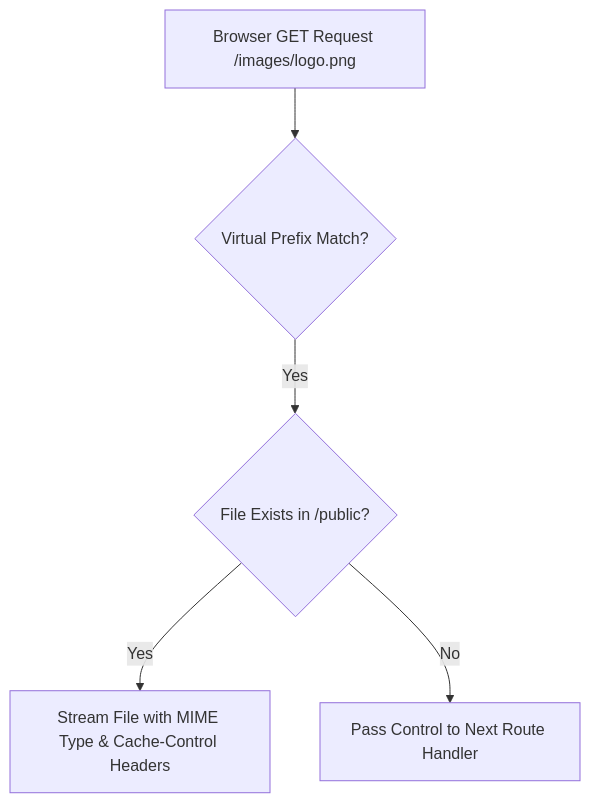
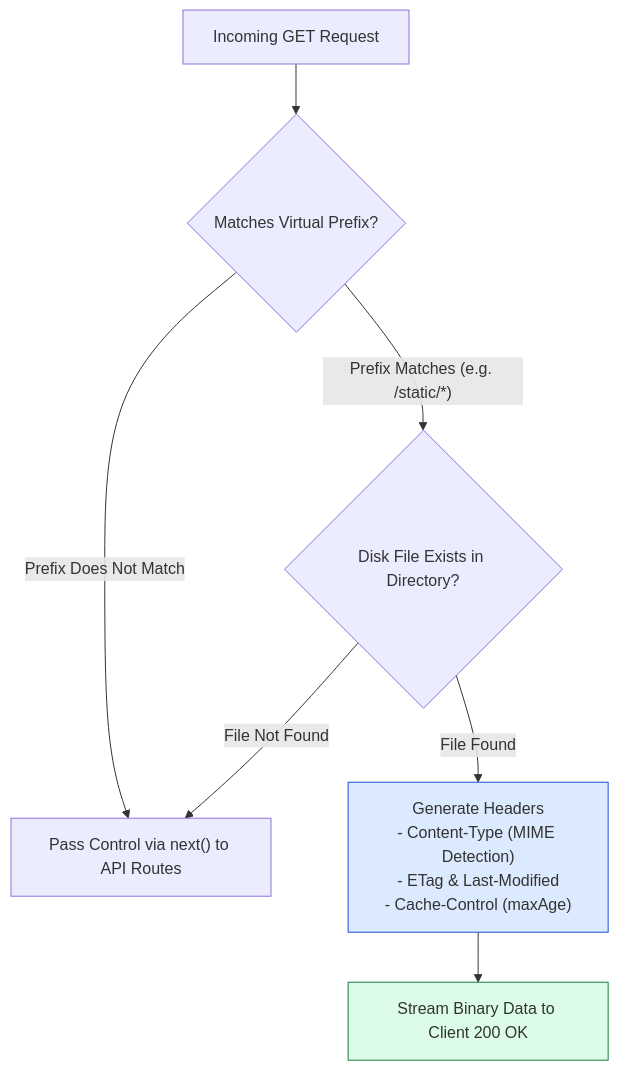
Before and after one commit to Amie-dev/engineering-playbook: the first of 3 diagrams in express-notes/10-static-files.md, drawn with Mermaid. The commit also changed other lines of this file and 26 other files, not shown here.

````diff
--- a/express-notes/10-static-files.md
+++ b/express-notes/10-static-files.md
@@ -10,7 +13,15 @@
 ```mermaid
 flowchart TD
-    Client[Browser GET Request /images/logo.png] --> MountCheck{Virtual Prefix Match?}
-    MountCheck -- Yes --> FileCheck{File Exists in /public?}
-    FileCheck -- Yes --> ServeFile["Stream File with MIME Type & Cache-Control Headers"]
-    FileCheck -- No --> NextRoute[Pass Control to Next Route Handler]
+    ClientReq[Incoming GET Request] --> PathMatch{Matches Virtual Prefix?}
+
+    PathMatch -- "Prefix Matches (e.g. /static/*)" --> FileLookup{Disk File Exists in Directory?}
+    PathMatch -- "Prefix Does Not Match" --> FallbackRoute["Pass Control via next() to API Routes"]
+
+    FileLookup -- "File Found" --> HeaderGen["Generate Headers<br/>- Content-Type (MIME Detection)<br/>- ETag & Last-Modified<br/>- Cache-Control (maxAge)"]
+    FileLookup -- "File Not Found" --> FallbackRoute
+
+    HeaderGen --> StreamFile[Stream Binary Data to Client 200 OK]
+
+    style HeaderGen fill:#dbeafe,stroke:#1d4ed8
+    style StreamFile fill:#dcfce7,stroke:#15803d
 ```
````
